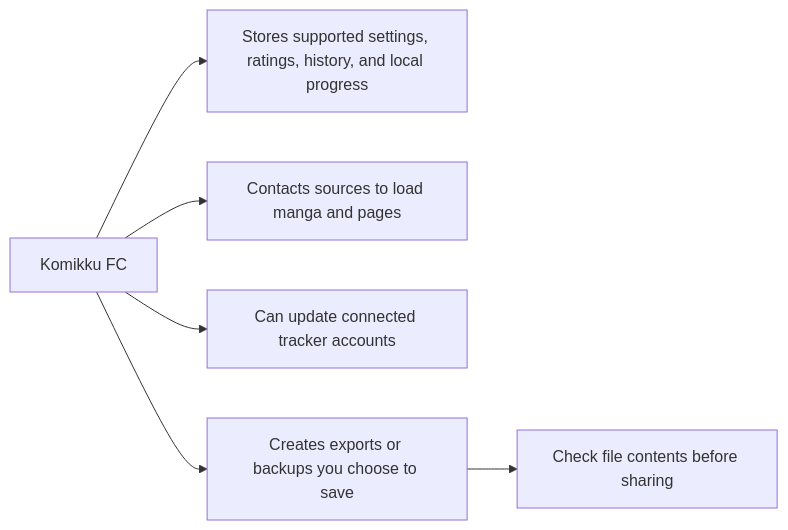
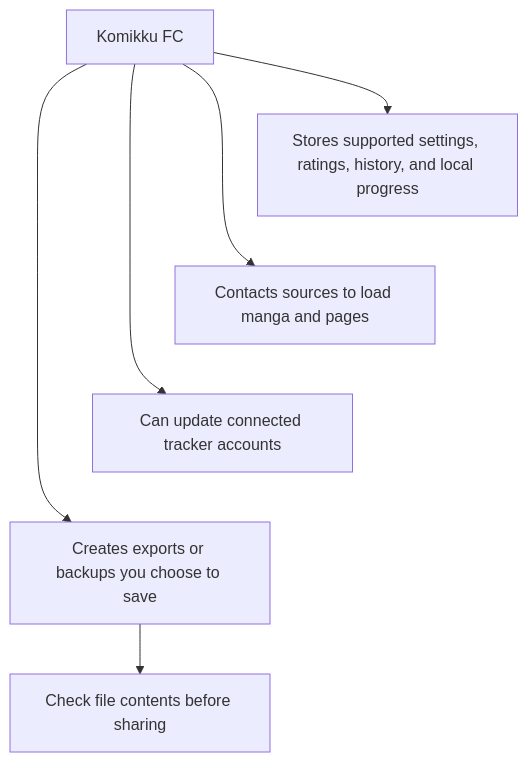
One commit to FancyCorey/komikku-fc changed the fifth of 5 diagrams in docs/kmk/feature-guides/overview.md. Above: the diagram before and after it, drawn with Mermaid. The commit also changed 29 other files, not shown here.

````diff
--- a/docs/kmk/feature-guides/overview.md
+++ b/docs/kmk/feature-guides/overview.md
@@ -76,8 +76,12 @@
 ```mermaid
-flowchart LR
+flowchart TD
     App["Komikku FC"] --> Local["Stores supported settings, ratings, history, and local progress"]
     App --> Sources["Contacts sources to load manga and pages"]
     App --> Trackers["Can update connected tracker accounts"]
     App --> Files["Creates exports or backups you choose to save"]
     Files --> Check["Check file contents before sharing"]
+    %% Stack independent choices vertically for narrow screens.
+    Local ~~~ Sources
+    Sources ~~~ Trackers
+    Trackers ~~~ Files
 ```
````
